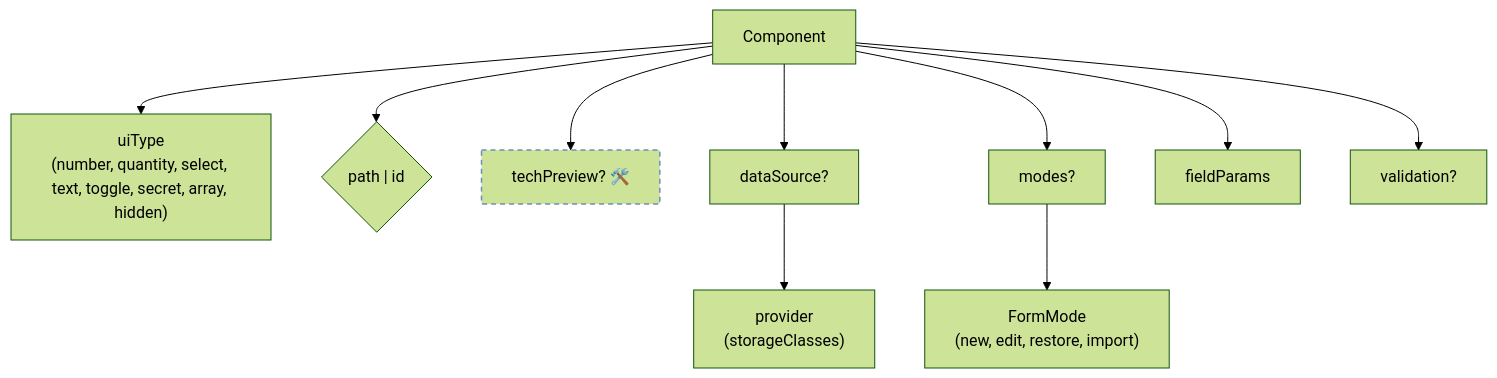
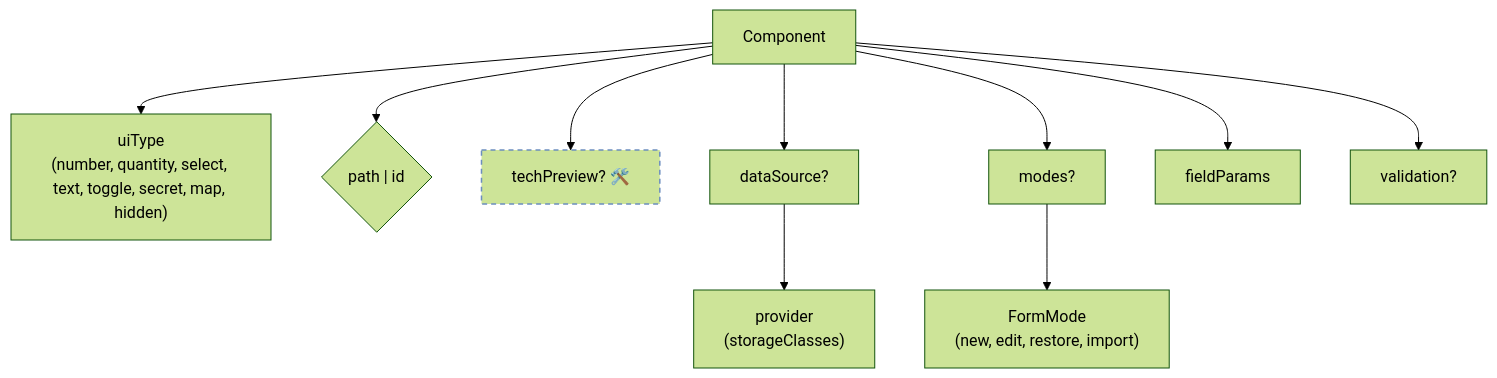
Before and after one commit to openeverest/openeverest: the third of 7 diagrams in docs/ui/architecture/ui-generator/schema-reference.md, drawn with Mermaid (forest theme). The commit also changed other lines of this file and 44 other files, not shown here.

First line of the commit message:
feat(ui-generator): turn the array field into a map field (Tech Preview)

````diff
--- a/docs/ui/architecture/ui-generator/schema-reference.md
+++ b/docs/ui/architecture/ui-generator/schema-reference.md
@@ -50,15 +50,15 @@
 ```mermaid
 flowchart TD
-  CMP["Component"] --> UT["uiType<br/>(number, quantity, select, text, toggle, secret, array, hidden)"]
+  CMP["Component"] --> UT["uiType<br/>(number, quantity, select, text, toggle, secret, map, hidden)"]
   CMP --> PID{"path | id"}
   CMP --> TP2["techPreview? 🛠️"]
   CMP --> DS2["dataSource?"]
   DS2 --> PROVIDER["provider<br/>(storageClasses)"]
   CMP --> MOD2["modes?"]
   MOD2 --> FORM_MODE["FormMode<br/>(new, edit, restore, import)"]
   CMP --> FP2["fieldParams"]
   CMP --> VAL2["validation?"]
 
   classDef planned stroke-dasharray:5 4,stroke:#6c8ebf,stroke-width:1.5px;
   class TP2 planned;
 ```
````
